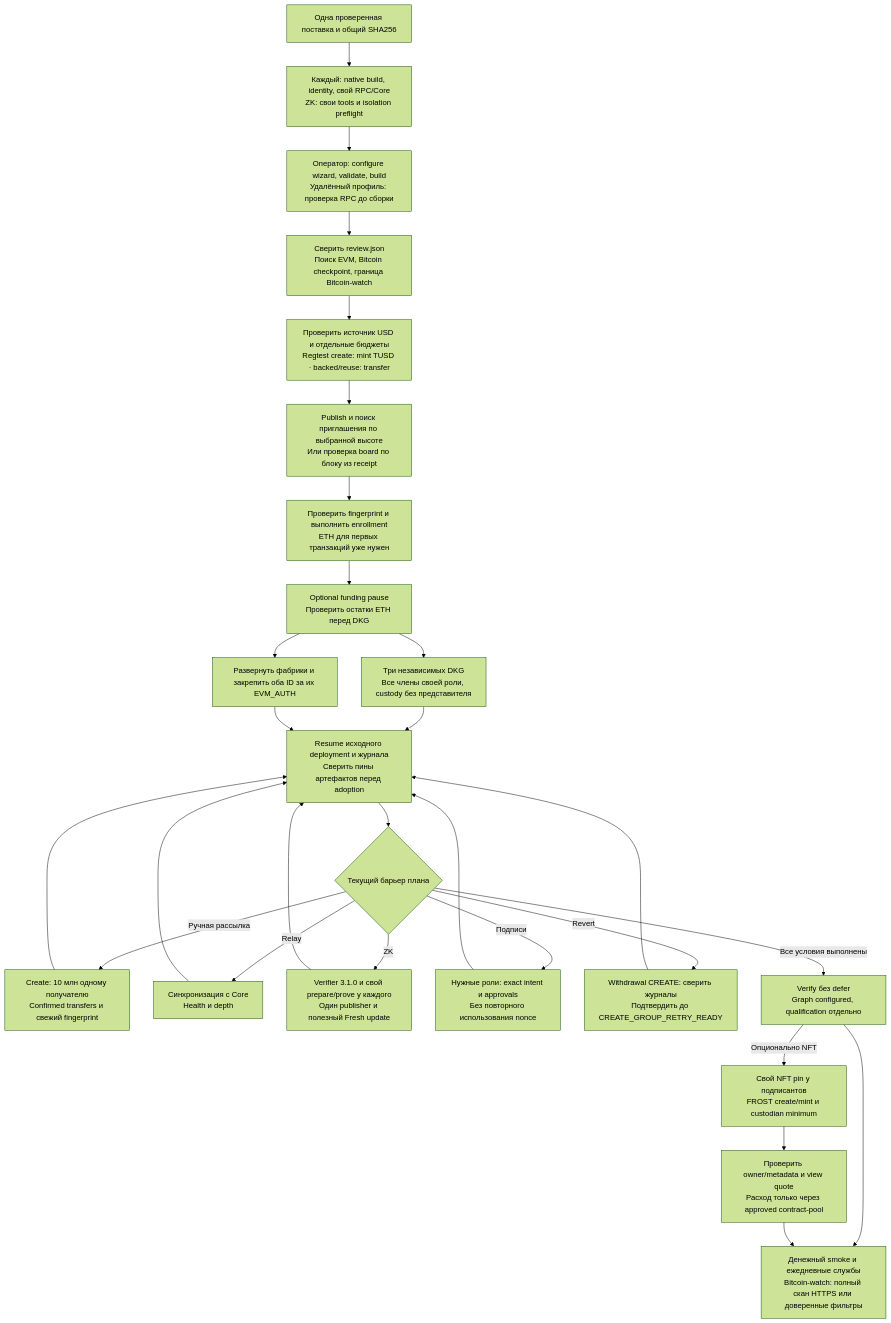
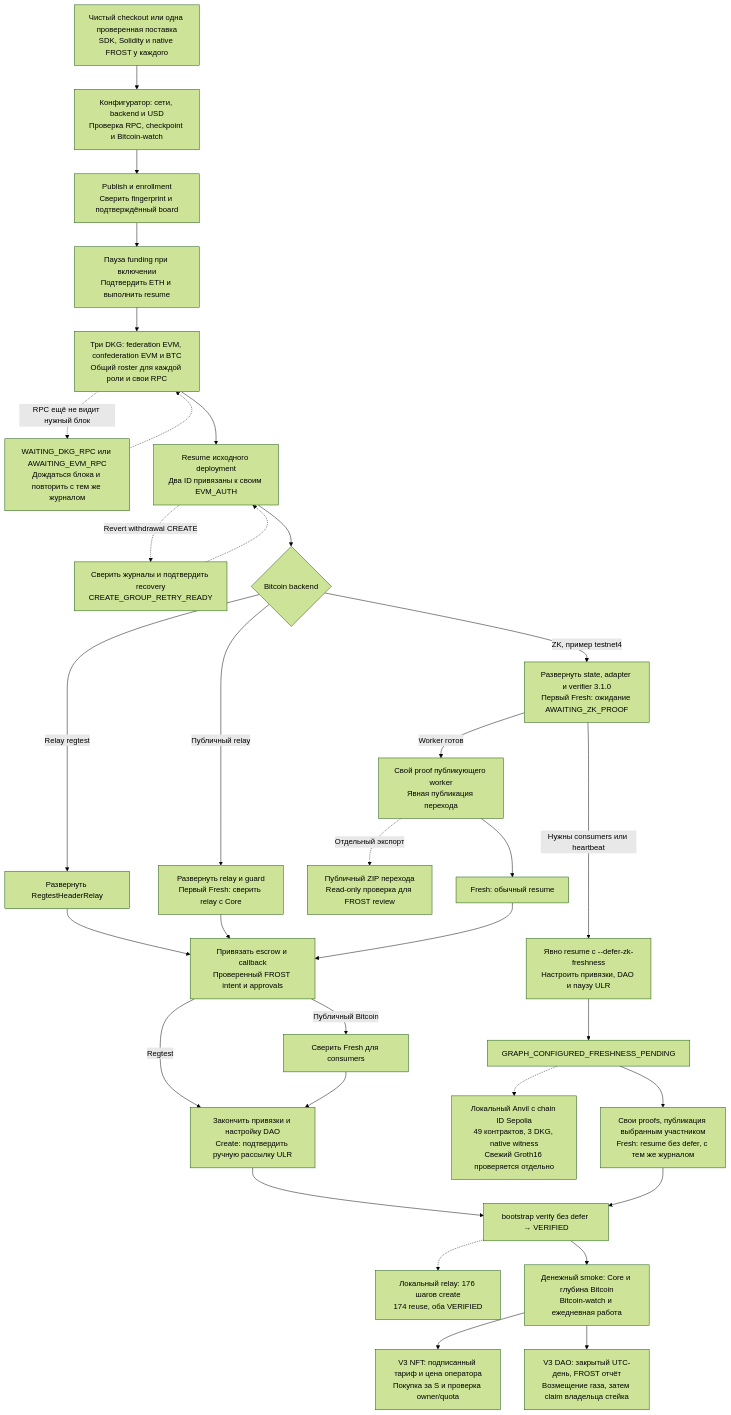
The third of 3 diagrams in docs/COLD_START.md (SergeyBelets/SatFiSetup), drawn with Mermaid (forest theme) before and after one commit. The commit also changed other lines of this file and 3468 other files, not shown here.

````diff
--- a/docs/COLD_START.md
+++ b/docs/COLD_START.md
@@ -760,30 +836,37 @@
 ```mermaid
 flowchart TD
-    A["Одна проверенная поставка и общий SHA256"] --> H["Каждый: native build, identity, свой RPC/Core<br/>ZK: свои tools и isolation preflight"]
-    H --> C["Оператор: configure wizard, validate, build<br/>Удалённый профиль: проверка RPC до сборки"]
-    C --> HS["Сверить review.json<br/>Поиск EVM, Bitcoin checkpoint, граница Bitcoin-watch"]
-    HS --> USD["Проверить источник USD и отдельные бюджеты<br/>Regtest create: mint TUSD · backed/reuse: transfer"]
-    USD --> I["Publish и поиск приглашения по выбранной высоте<br/>Или проверка board по блоку из receipt"]
-    I --> EN["Проверить fingerprint и выполнить enrollment<br/>ETH для первых транзакций уже нужен"]
-    EN --> F["Optional funding pause<br/>Проверить остатки ETH перед DKG"]
-    F --> D["Три независимых DKG<br/>Все члены своей роли, custody без представителя"]
-    F --> A1["Развернуть фабрики и закрепить оба ID за их EVM_AUTH"]
-    D --> R["Resume исходного deployment и журнала<br/>Сверить пины артефактов перед adoption"]
-    A1 --> R
-    R --> G{"Текущий барьер плана"}
-    G -->|"Ручная рассылка"| U["Create: 10 млн одному получателю<br/>Confirmed transfers и свежий fingerprint"]
-    G -->|"Relay"| L["Синхронизация с Core<br/>Health и depth"]
-    G -->|"ZK"| Z["Verifier 3.1.0 и свой prepare/prove у каждого<br/>Один publisher и полезный Fresh update"]
-    G -->|"Подписи"| S["Нужные роли: exact intent и approvals<br/>Без повторного использования nonce"]
-    G -->|"Revert"| W["Withdrawal CREATE: сверить журналы<br/>Подтвердить до CREATE_GROUP_RETRY_READY"]
-    U --> R
-    L --> R
-    Z --> R
-    S --> R
-    W --> R
-    G -->|"Все условия выполнены"| V["Verify без defer<br/>Graph configured, qualification отдельно"]
-    V --> T["Денежный smoke и ежедневные службы<br/>Bitcoin-watch: полный скан HTTPS или доверенные фильтры"]
-    V -->|"Опционально NFT"| N["Свой NFT pin у подписантов<br/>FROST create/mint и custodian minimum"]
-    N --> Q["Проверить owner/metadata и view quote<br/>Расход только через approved contract-pool"]
-    Q --> T
+    accTitle: Холодный старт с relay или ZK
+    accDescr: Для публичного Bitcoin первая проверка Fresh предшествует привязкам escrow и DAO. В ZK явный defer позволяет собрать граф и затем пройти обе проверки через обычный resume. Локальный regtest не использует публичный барьер Fresh.
+    A["Чистый checkout или одна проверенная поставка<br/>SDK, Solidity и native FROST у каждого"] --> C["Конфигуратор: сети, backend и USD<br/>Проверка RPC, checkpoint и Bitcoin-watch"]
+    C --> EN["Publish и enrollment<br/>Сверить fingerprint и подтверждённый board"]
+    EN --> F["Пауза funding при включении<br/>Подтвердить ETH и выполнить resume"]
+    F --> D["Три DKG: federation EVM, confederation EVM и BTC<br/>Общий roster для каждой роли и свои RPC"]
+    D -.->|"RPC ещё не видит нужный блок"| WAIT["WAITING_DKG_RPC или AWAITING_EVM_RPC<br/>Дождаться блока и повторить с тем же журналом"]
+    WAIT -.-> D
+    D --> R["Resume исходного deployment<br/>Два ID привязаны к своим EVM_AUTH"]
+    R -.->|"Revert withdrawal CREATE"| RE["Сверить журналы и подтвердить recovery<br/>CREATE_GROUP_RETRY_READY"]
+    RE -.-> R
+    R --> BE{"Bitcoin backend"}
+    BE -->|"Relay regtest"| L["Развернуть RegtestHeaderRelay"]
+    BE -->|"Публичный relay"| LP["Развернуть relay и guard<br/>Первый Fresh: сверить relay с Core"]
+    BE -->|"ZK, пример testnet4"| Z["Развернуть state, adapter и verifier 3.1.0<br/>Первый Fresh: ожидание AWAITING_ZK_PROOF"]
+    Z -->|"Worker готов"| ZF["Свой proof публикующего worker<br/>Явная публикация перехода"]
+    ZF -.->|"Отдельный экспорт"| ZE["Публичный ZIP перехода<br/>Read-only проверка для FROST review"]
+    ZF --> ZR["Fresh: обычный resume"]
+    L --> H["Привязать escrow и callback<br/>Проверенный FROST intent и approvals"]
+    LP --> H
+    ZR --> H
+    H -->|"Публичный Bitcoin"| B["Сверить Fresh для consumers"]
+    H -->|"Regtest"| U["Закончить привязки и настройку DAO<br/>Create: подтвердить ручную рассылку ULR"]
+    B --> U
+    Z -->|"Нужны consumers или heartbeat"| DEFER["Явно resume с --defer-zk-freshness<br/>Настроить привязки, DAO и паузу ULR"]
+    DEFER --> PENDING["GRAPH_CONFIGURED_FRESHNESS_PENDING"]
+    PENDING -.-> ZT["Локальный Anvil с chain ID Sepolia<br/>49 контрактов, 3 DKG, native witness<br/>Свежий Groth16 проверяется отдельно"]
+    PENDING --> PP["Свои proofs, публикация выбранным участником<br/>Fresh: resume без defer, с тем же журналом"]
+    U --> V["bootstrap verify без defer → VERIFIED"]
+    PP --> V
+    V -.-> LR["Локальный relay: 176 шагов create<br/>174 reuse, оба VERIFIED"]
+    V --> T["Денежный smoke: Core и глубина Bitcoin<br/>Bitcoin-watch и ежедневная работа"]
+    T --> N["V3 NFT: подписанный тариф и цена оператора<br/>Покупка за S и проверка owner/quota"]
+    T --> I["V3 DAO: закрытый UTC-день, FROST отчёт<br/>Возмещение газа, затем claim владельца стейка"]
 ```
````
